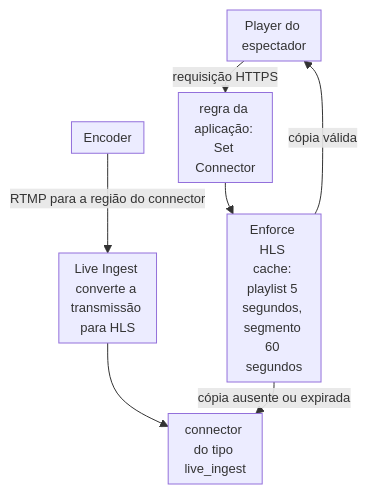
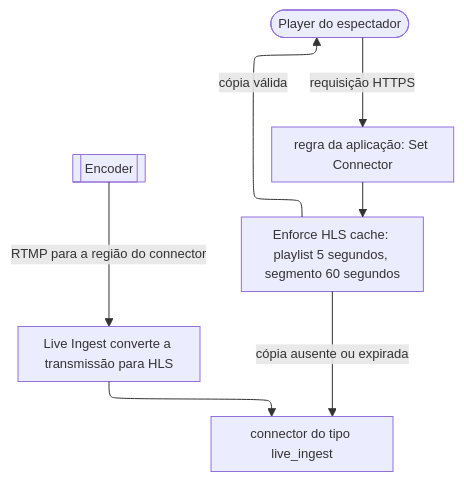
The diagram in apps/docs/src/content/docs/pt-br/pages/guias/streaming/entregar-uma-transmissao-ao-vivo-do-live-ingest.mdx (aziontech/docs), drawn with Mermaid before and after one commit. The commit also changed 179 other files, not shown here.

Commit message:
docs(diagrams): redraw every other diagram in the use-case diagram style (#2513)

````diff
--- a/apps/docs/src/content/docs/pt-br/pages/guias/streaming/entregar-uma-transmissao-ao-vivo-do-live-ingest.mdx
+++ b/apps/docs/src/content/docs/pt-br/pages/guias/streaming/entregar-uma-transmissao-ao-vivo-do-live-ingest.mdx
@@ -21,10 +21,10 @@
 ```mermaid
-%%{init: {"layout": "dagre", "themeVariables": {"fontSize": "13px"}, "flowchart": {"nodeSpacing": 12, "rankSpacing": 12, "padding": 6, "wrappingWidth": 70, "minNodeWidth": 40, "useMaxWidth": true}}}%%
+%%{init: {"layout": "elk", "elk": {"cycleBreakingStrategy": "MODEL_ORDER"}, "themeVariables": {"fontSize": "13px"}, "flowchart": {"nodeSpacing": 24, "rankSpacing": 36, "padding": 8, "wrappingWidth": 150, "useMaxWidth": true}, "sequence": {"width": 120, "actorMargin": 30, "useMaxWidth": true}}}%%
 flowchart TD
-  Encoder["Encoder"] -->|"RTMP para a região do connector"| LI["Live Ingest converte a transmissão para HLS"]
+  Encoder[["Encoder"]] -->|"RTMP para a região do connector"| LI["Live Ingest converte a transmissão para HLS"]
   LI --> Connector["connector do tipo live_ingest"]
-  Player["Player do espectador"] -->|"requisição HTTPS"| Rule["regra da aplicação: Set Connector"]
+  Player(["Player do espectador"]) -->|"requisição HTTPS"| Rule["regra da aplicação: Set Connector"]
   Rule --> Cache["Enforce HLS cache: playlist 5 segundos, segmento 60 segundos"]
   Cache -->|"cópia ausente ou expirada"| Connector
   Cache -->|"cópia válida"| Player
 ```
````
